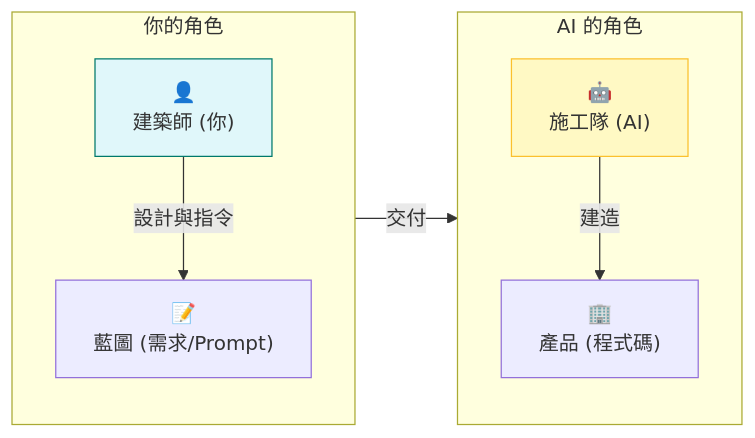
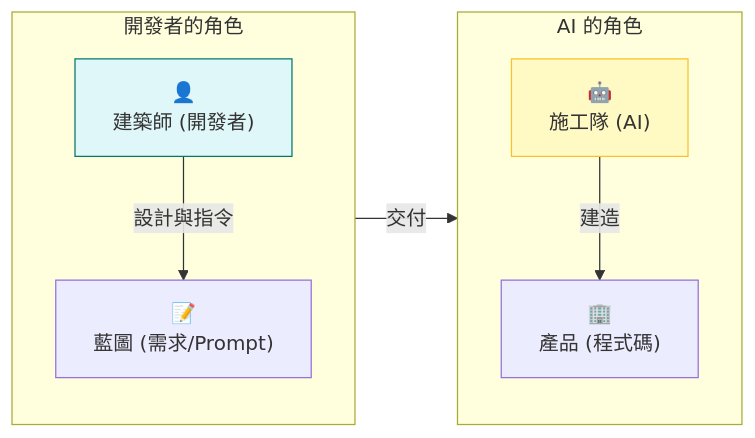
One commit to zaoldyeck/vibe-coding-handbook changed the second of 12 diagrams in README.md. Above: the diagram before and after it, drawn with Mermaid. The commit also changed other lines of this file, not shown here.

````diff
--- a/README.md
+++ b/README.md
@@ -84,21 +84,21 @@
 ```mermaid
 graph LR
-    subgraph "你的角色"
+    subgraph "開發者的角色"
         direction TB
-        Architect["👤<br/>建築師 (你)"]
+        Architect["👤<br/>建築師 (開發者)"]
         Blueprint["📝<br/>藍圖 (需求/Prompt)"]
         Architect -- "設計與指令" --> Blueprint
     end
 
     subgraph "AI 的角色"
         direction TB
         AITeam["🤖<br/>施工隊 (AI)"]
         Building["🏢<br/>產品 (程式碼)"]
         AITeam -- "建造" --> Building
     end
 
     Blueprint -- "交付" --> AITeam
 
     style Architect fill:#e0f7fa,stroke:#00796b
     style AITeam fill:#fff9c4,stroke:#fbc02d
 ```
````
